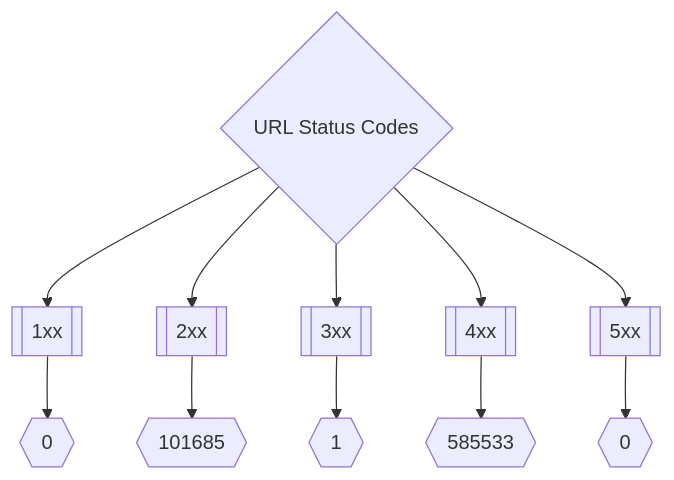
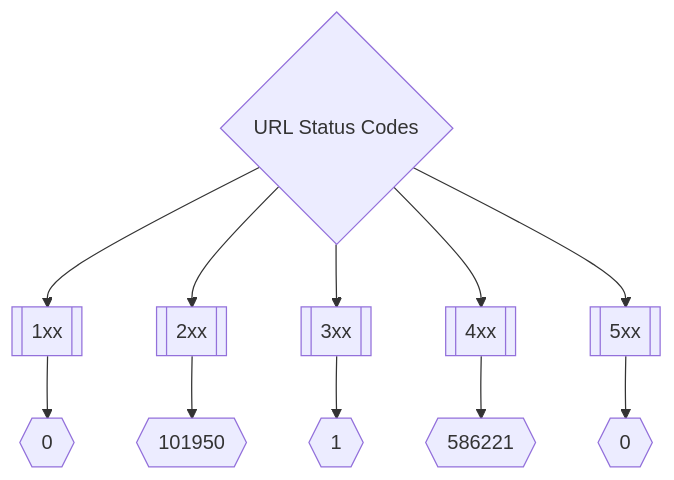
One commit to trickest/inventory changed the second of 3 diagrams in README.md. Above: the diagram before and after it, drawn with Mermaid. The commit also changed other lines of this file, not shown here.

Commit message:
Update README.md Tue Aug  2 21:50:34 UTC 2022

````diff
--- a/README.md
+++ b/README.md
@@ -175,8 +175,8 @@
 ```mermaid
 graph TD
 title{URL Status Codes} --> 1xx[[1xx]] --> status1xxNum{{0}}
-title --> 2xx[[2xx]] --> status2xxNum{{101685}}
+title --> 2xx[[2xx]] --> status2xxNum{{101950}}
 title --> 3xx[[3xx]] --> status3xxNum{{1}}
-title --> 4xx[[4xx]] --> status4xxNum{{585533}}
+title --> 4xx[[4xx]] --> status4xxNum{{586221}}
 title --> 5xx[[5xx]] --> status5xxNum{{0}}
 ```
````
